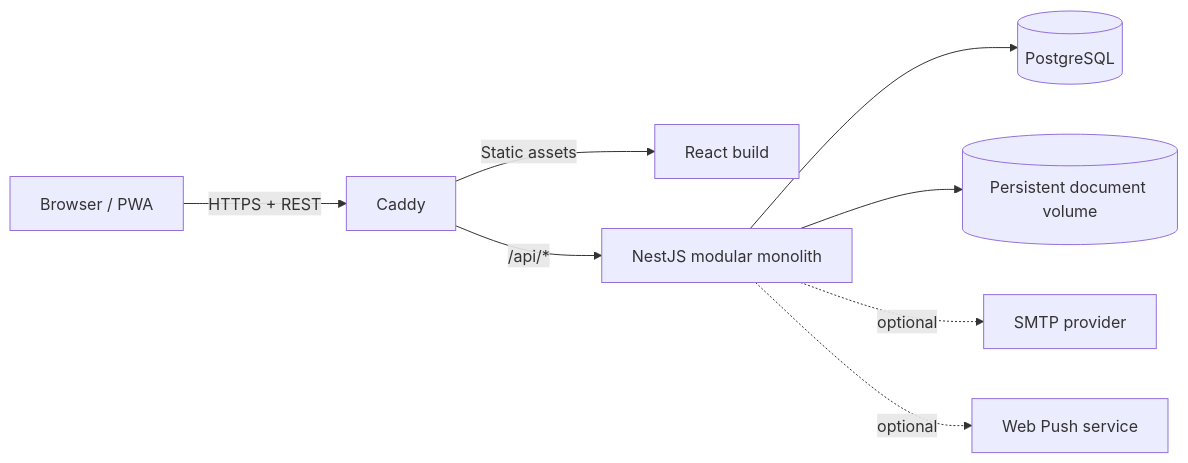
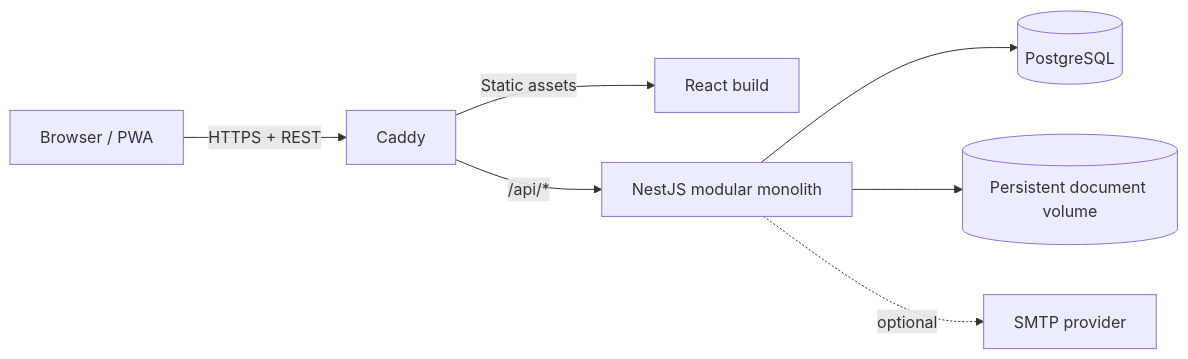
Before and after one commit to OddALaCream/Bell7738-erp: the first of 2 diagrams in docs/ARCHITECTURE.md, drawn with Mermaid. The commit also changed other lines of this file and 15 other files, not shown here.

Commit message:
feat(web): honor DASHBOARD_VIEW; docs: sync API/RBAC/product/architecture with the integrated implementation and close the frontend gaps

````diff
--- a/docs/ARCHITECTURE.md
+++ b/docs/ARCHITECTURE.md
@@ -22,10 +22,9 @@
 ```mermaid
 flowchart LR
     B[Browser / PWA] -->|HTTPS + REST| C[Caddy]
     C -->|Static assets| W[React build]
     C -->|/api/*| A[NestJS modular monolith]
     A --> P[(PostgreSQL)]
     A --> F[(Persistent document volume)]
     A -. optional .-> M[SMTP provider]
-    A -. optional .-> N[Web Push service]
 ```
````
